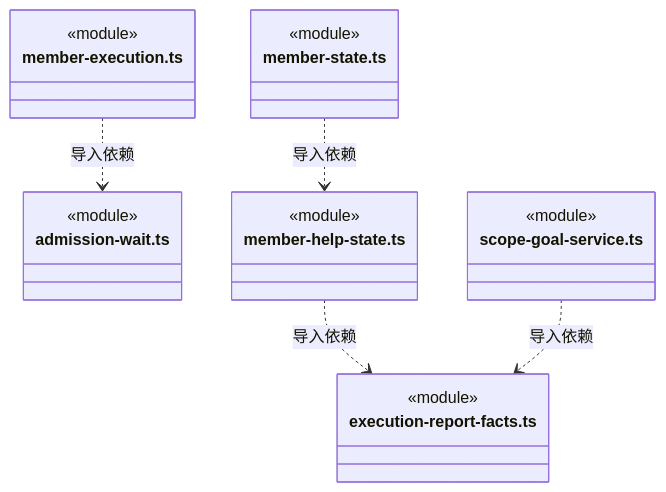
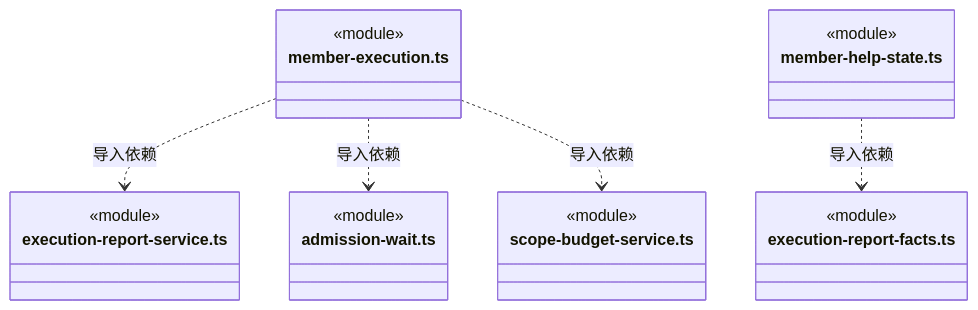
Diagram 42 of 48 in src/backend/scheduler-engine/execution/ARCHITECTURE.md (nan023062/cbim), drawn with Mermaid before and after one commit. The commit also changed other lines of this file and 64 other files, not shown here.

````diff
--- a/src/backend/scheduler-engine/execution/ARCHITECTURE.md
+++ b/src/backend/scheduler-engine/execution/ARCHITECTURE.md
@@ -1080,25 +1141,25 @@
 ```mermaid
 classDiagram
 class N_src_backend_scheduler_engine_execution_member_execution_ts["member-execution.ts"] {
   <<module>>
 }
+class N_src_backend_scheduler_engine_execution_execution_report_service_ts["execution-report-service.ts"] {
+  <<module>>
+}
 class N_src_backend_scheduler_engine_execution_admission_wait_ts["admission-wait.ts"] {
+  <<module>>
+}
+class N_src_backend_scheduler_engine_execution_scope_budget_service_ts["scope-budget-service.ts"] {
   <<module>>
 }
 class N_src_backend_scheduler_engine_execution_member_help_state_ts["member-help-state.ts"] {
   <<module>>
 }
 class N_src_backend_scheduler_engine_execution_execution_report_facts_ts["execution-report-facts.ts"] {
   <<module>>
 }
-class N_src_backend_scheduler_engine_execution_member_state_ts["member-state.ts"] {
-  <<module>>
-}
-class N_src_backend_scheduler_engine_execution_scope_goal_service_ts["scope-goal-service.ts"] {
-  <<module>>
-}
+N_src_backend_scheduler_engine_execution_member_execution_ts ..> N_src_backend_scheduler_engine_execution_execution_report_service_ts : 导入依赖
 N_src_backend_scheduler_engine_execution_member_execution_ts ..> N_src_backend_scheduler_engine_execution_admission_wait_ts : 导入依赖
+N_src_backend_scheduler_engine_execution_member_execution_ts ..> N_src_backend_scheduler_engine_execution_scope_budget_service_ts : 导入依赖
 N_src_backend_scheduler_engine_execution_member_help_state_ts ..> N_src_backend_scheduler_engine_execution_execution_report_facts_ts : 导入依赖
-N_src_backend_scheduler_engine_execution_member_state_ts ..> N_src_backend_scheduler_engine_execution_member_help_state_ts : 导入依赖
-N_src_backend_scheduler_engine_execution_scope_goal_service_ts ..> N_src_backend_scheduler_engine_execution_execution_report_facts_ts : 导入依赖
 ```
````
